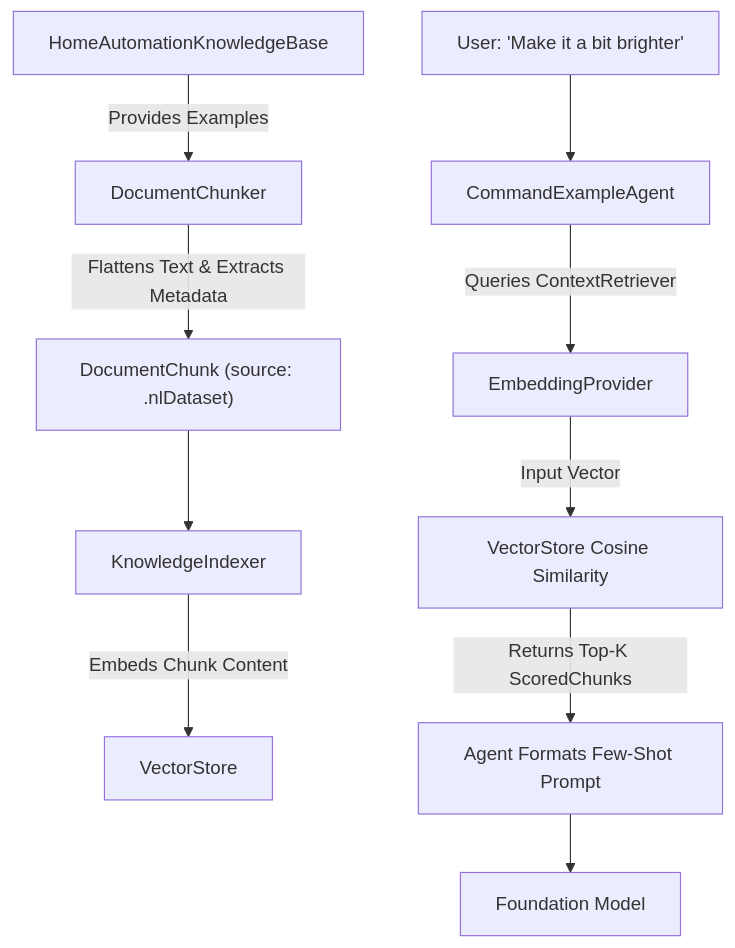
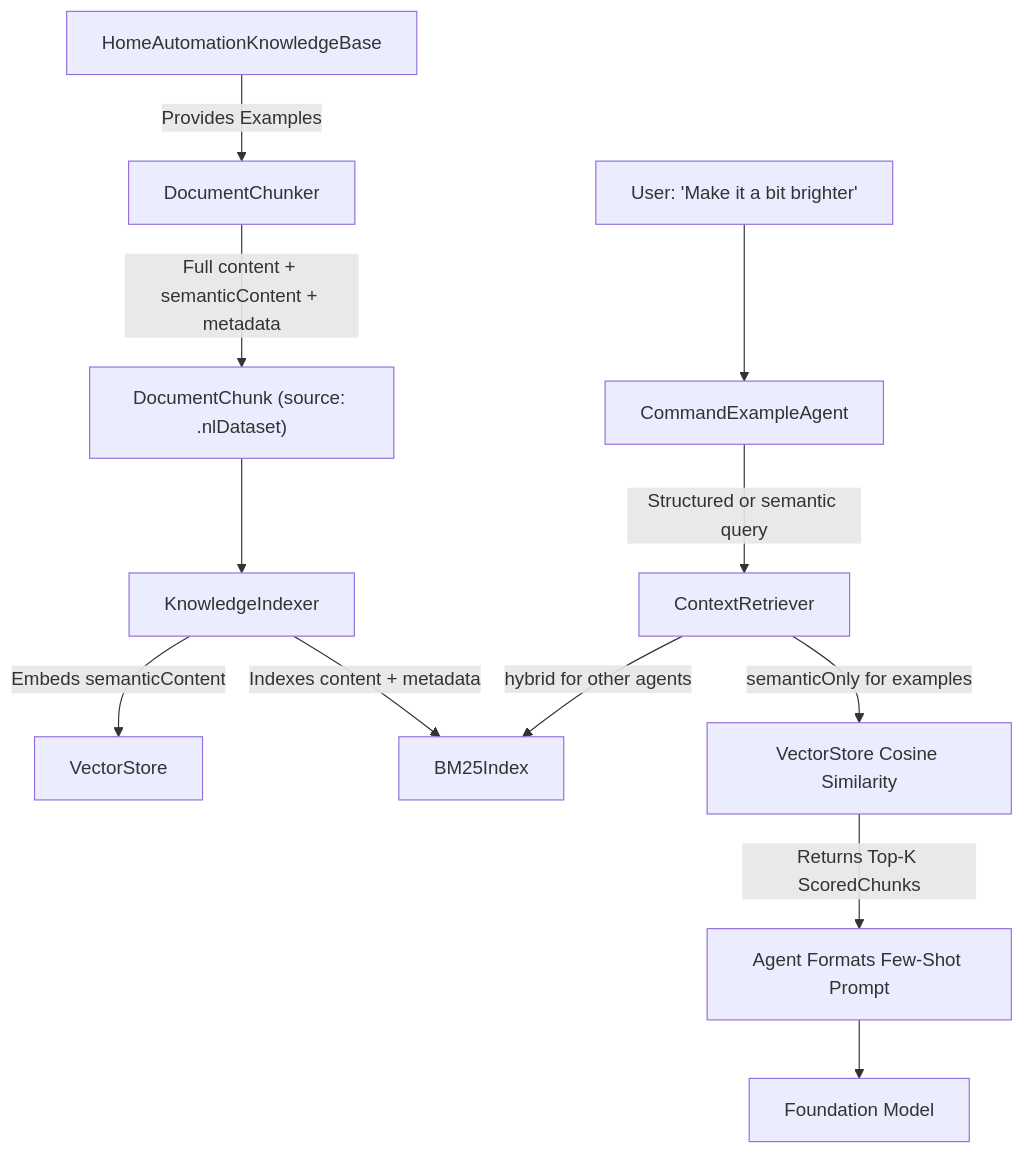
The diagram in HomeAutomationCore/Sources/HomeAutomationRAG/RAG_Implementation.md (ksypinro/HomeAutomation), drawn with Mermaid before and after one commit. The commit also changed other lines of this file and 40 other files, not shown here.

````diff
--- a/HomeAutomationCore/Sources/HomeAutomationRAG/RAG_Implementation.md
+++ b/HomeAutomationCore/Sources/HomeAutomationRAG/RAG_Implementation.md
@@ -107,13 +112,15 @@
 ```mermaid
 flowchart TD
     A["HomeAutomationKnowledgeBase"] -->|Provides Examples| B["DocumentChunker"]
-    B -->|Flattens Text & Extracts Metadata| C["DocumentChunk (source: .nlDataset)"]
+    B -->|Full content + semanticContent + metadata| C["DocumentChunk (source: .nlDataset)"]
     C --> D["KnowledgeIndexer"]
-    D -->|Embeds Chunk Content| E["VectorStore"]
+    D -->|Embeds semanticContent| E["VectorStore"]
+    D -->|Indexes content + metadata| L["BM25Index"]
     
     F["User: 'Make it a bit brighter'"] --> G["CommandExampleAgent"]
-    G -->|Queries ContextRetriever| H["EmbeddingProvider"]
-    H -->|Input Vector| I["VectorStore Cosine Similarity"]
+    G -->|Structured or semantic query| H["ContextRetriever"]
+    H -->|semanticOnly for examples| I["VectorStore Cosine Similarity"]
+    H -->|hybrid for other agents| L
     I -->|Returns Top-K ScoredChunks| J["Agent Formats Few-Shot Prompt"]
     J --> K["Foundation Model"]
 ```
````
